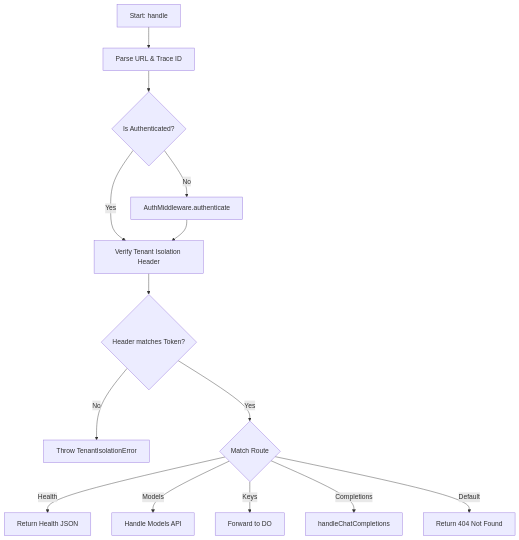
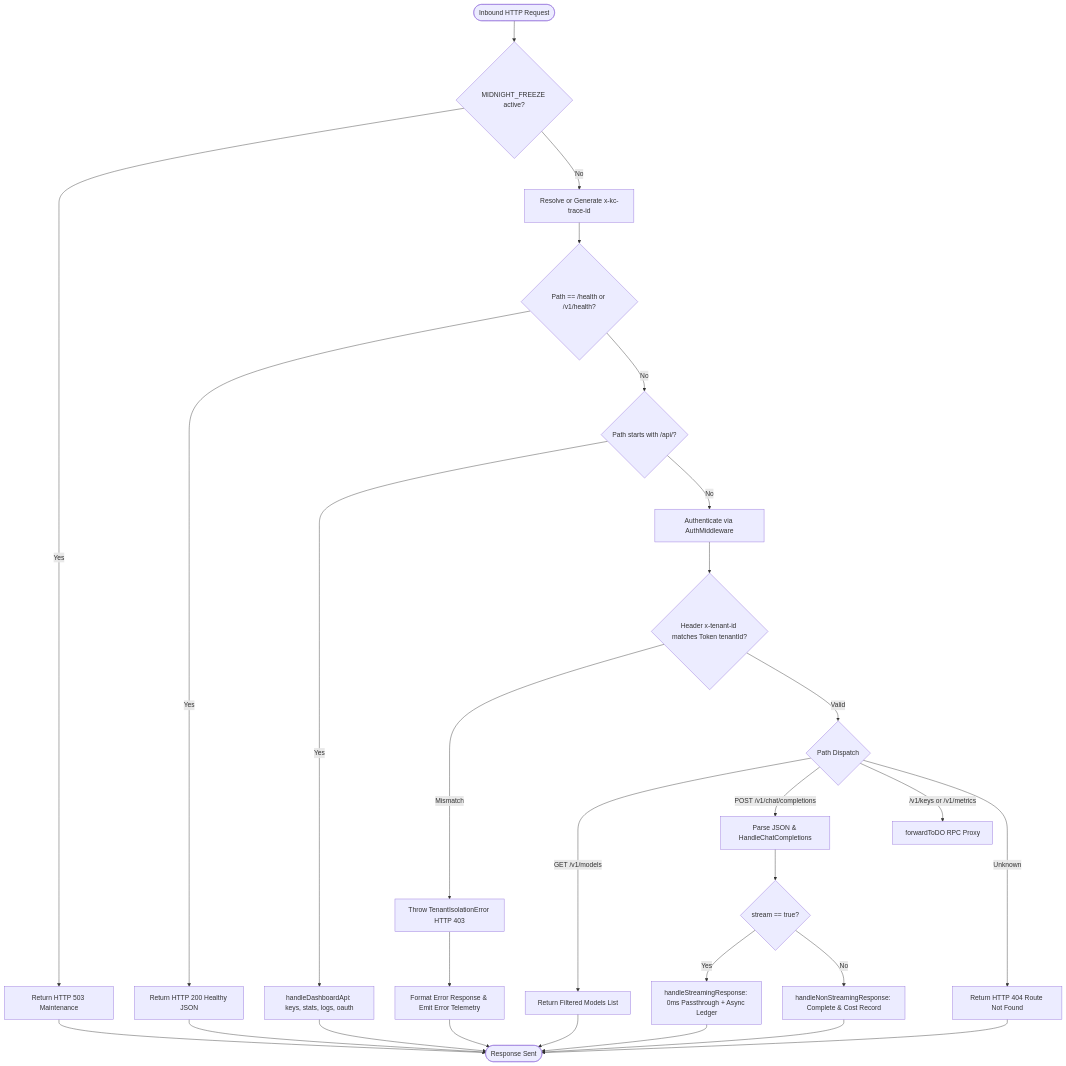
One commit to Axe-08/Key-Collective changed the second of 2 diagrams in docs/codeflow/edge_auth_and_router_handler_cfg.md. Above: the diagram before and after it, drawn with Mermaid. The commit also changed other lines of this file and 3 other files, not shown here.

Commit message:
docs(codeflow): comprehensive architecture CFGs and def-use matrices

````diff
--- a/docs/codeflow/edge_auth_and_router_handler_cfg.md
+++ b/docs/codeflow/edge_auth_and_router_handler_cfg.md
@@ -96,16 +62,36 @@
 ```mermaid
 flowchart TD
-    Start[Start: handle] --> ExtractPath[Parse URL & Trace ID]
-    ExtractPath --> CheckAuth{Is Authenticated?}
-    CheckAuth -- No --> DoAuth[AuthMiddleware.authenticate]
-    CheckAuth -- Yes --> VerifyIsolation[Verify Tenant Isolation Header]
-    DoAuth --> VerifyIsolation
-    VerifyIsolation --> IsValid{Header matches Token?}
-    IsValid -- No --> ThrowIsolErr[Throw TenantIsolationError]
-    IsValid -- Yes --> RouteSwitch{Match Route}
-    RouteSwitch -- Health --> RetHealth[Return Health JSON]
-    RouteSwitch -- Models --> RetModels[Handle Models API]
-    RouteSwitch -- Keys --> FwdDO[Forward to DO]
-    RouteSwitch -- Completions --> ChatCompletions[handleChatCompletions]
-    RouteSwitch -- Default --> Ret404[Return 404 Not Found]
+    Start([Inbound HTTP Request]) --> FreezeCheck{MIDNIGHT_FREEZE active?}
+    FreezeCheck -->|Yes| RetFreeze[Return HTTP 503 Maintenance]
+    FreezeCheck -->|No| TraceGen[Resolve or Generate x-kc-trace-id]
+    
+    TraceGen --> HealthCheck{Path == /health or /v1/health?}
+    HealthCheck -->|Yes| RetHealth[Return HTTP 200 Healthy JSON]
+    HealthCheck -->|No| DashboardCheck{Path starts with /api/?}
+    
+    DashboardCheck -->|Yes| ExecDashboard[handleDashboardApi: keys, stats, logs, oauth]
+    DashboardCheck -->|No| AuthPhase[Authenticate via AuthMiddleware]
+    
+    AuthPhase --> IsoGate{Header x-tenant-id matches Token tenantId?}
+    IsoGate -->|Mismatch| ErrIso[Throw TenantIsolationError HTTP 403]
+    IsoGate -->|Valid| RoutePath{Path Dispatch}
+    
+    RoutePath -->|GET /v1/models| RetModels[Return Filtered Models List]
+    RoutePath -->|POST /v1/chat/completions| ChatParse[Parse JSON & HandleChatCompletions]
+    RoutePath -->|/v1/keys or /v1/metrics| ForwardDO[forwardToDO RPC Proxy]
+    RoutePath -->|Unknown| Ret404[Return HTTP 404 Route Not Found]
+
+    ChatParse --> StreamFork{stream == true?}
+    StreamFork -->|Yes| StreamPipe[handleStreamingResponse: 0ms Passthrough + Async Ledger]
+    StreamFork -->|No| NonStreamExec[handleNonStreamingResponse: Complete & Cost Record]
+    
+    ErrIso --> ErrCatch[Format Error Response & Emit Error Telemetry]
+    RetFreeze --> Done([Response Sent])
+    RetHealth --> Done
+    ExecDashboard --> Done
+    RetModels --> Done
+    StreamPipe --> Done
+    NonStreamExec --> Done
+    Ret404 --> Done
+    ErrCatch --> Done
 ```
````
